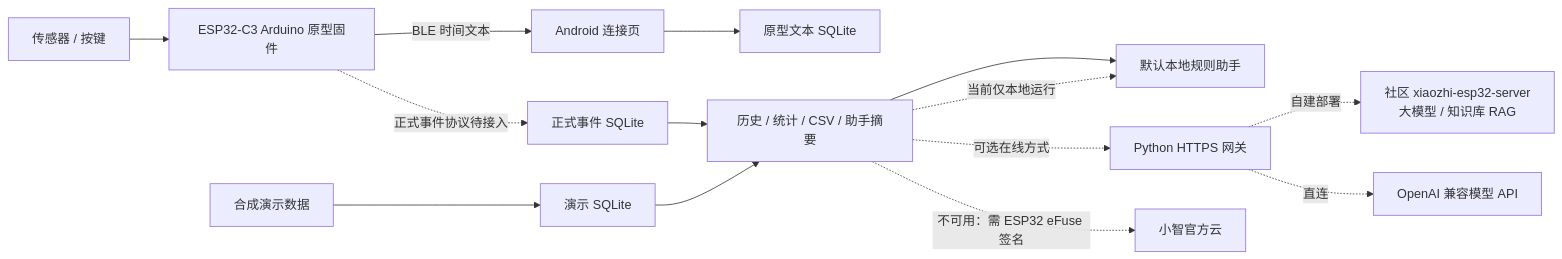
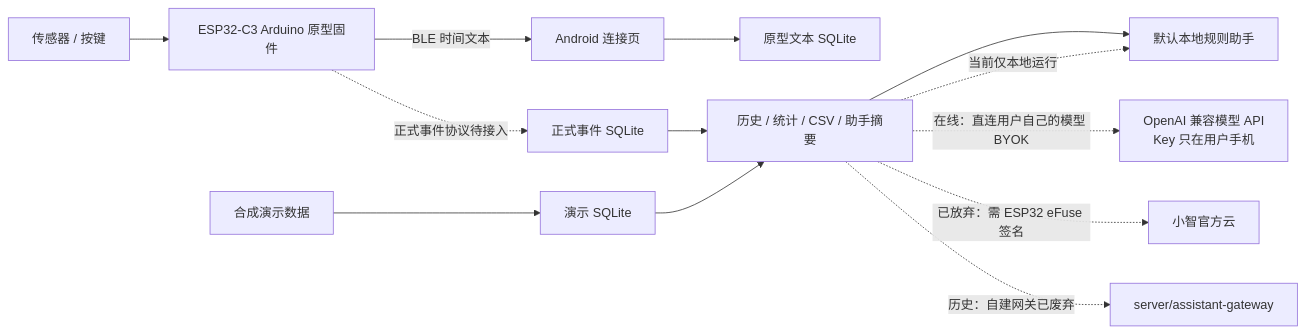
The diagram in README.md (Eddie-Duan/esp32-medication-device), drawn with Mermaid before and after one commit. The commit also changed other lines of this file and 24 other files, not shown here.

First line of the commit message:
feat: Update documentation and codebase for the new BYOK model access

````diff
--- a/README.md
+++ b/README.md
@@ -9,16 +9,15 @@
 ```mermaid
 flowchart LR
   HW[传感器 / 按键] --> FW[ESP32-C3 Arduino 原型固件]
   FW -->|BLE 时间文本| BLE[Android 连接页]
   BLE --> DB1[原型文本 SQLite]
   FW -. 正式事件协议待接入 .-> DB2[正式事件 SQLite]
   DEMO[合成演示数据] --> DB3[演示 SQLite]
   DB2 --> UI[历史 / 统计 / CSV / 助手摘要]
   DB3 --> UI
   UI --> LOCAL[默认本地规则助手]
   UI -. 当前仅本地运行 .-> LOCAL
-  UI -. 可选在线方式 .-> GW[Python HTTPS 网关]
-  GW -. 自建部署 .-> XZ[社区 xiaozhi-esp32-server<br/>大模型 / 知识库 RAG]
-  GW -. 直连 .-> MODEL[OpenAI 兼容模型 API]
-  UI -. 不可用：需 ESP32 eFuse 签名 .-> CLOUD[小智官方云]
+  UI -. 在线：直连用户自己的模型 BYOK .-> MODEL[OpenAI 兼容模型 API<br/>Key 只在用户手机]
+  UI -. 已放弃：需 ESP32 eFuse 签名 .-> CLOUD[小智官方云]
+  UI -. 历史：自建网关已废弃 .-> GW[server/assistant-gateway]
 ```
````
